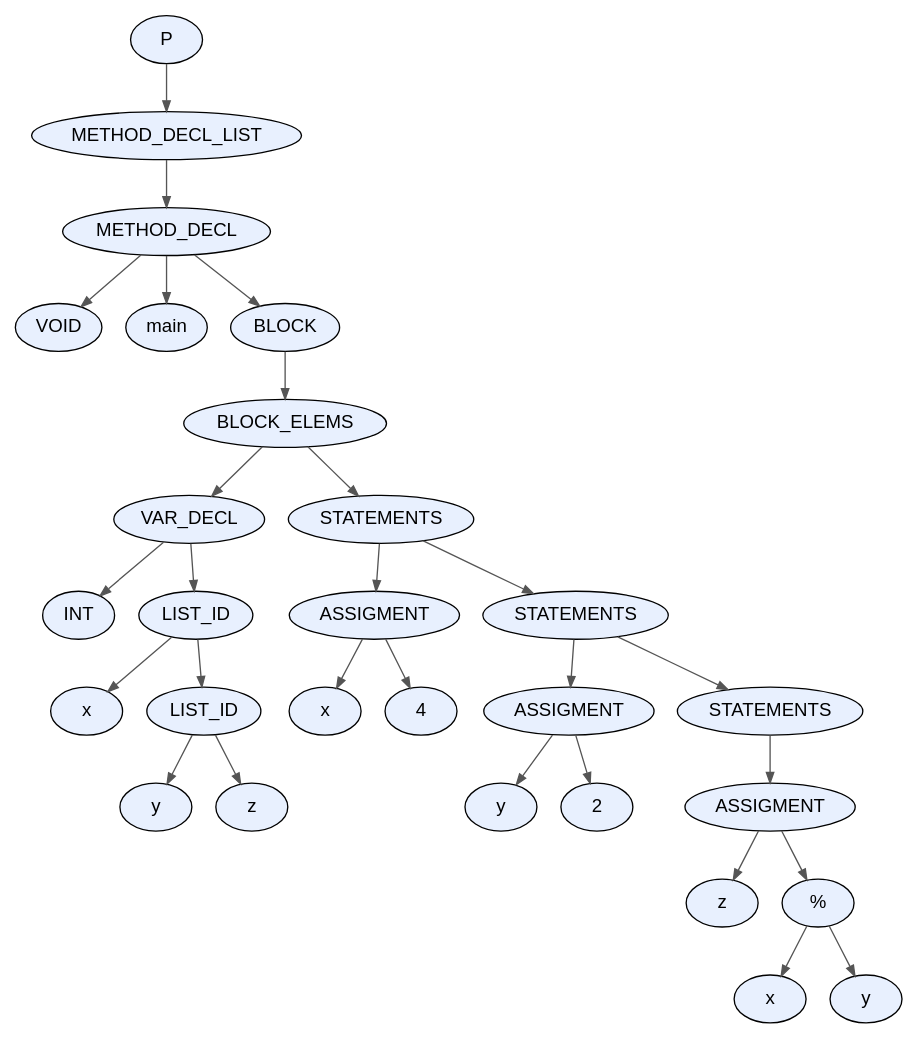
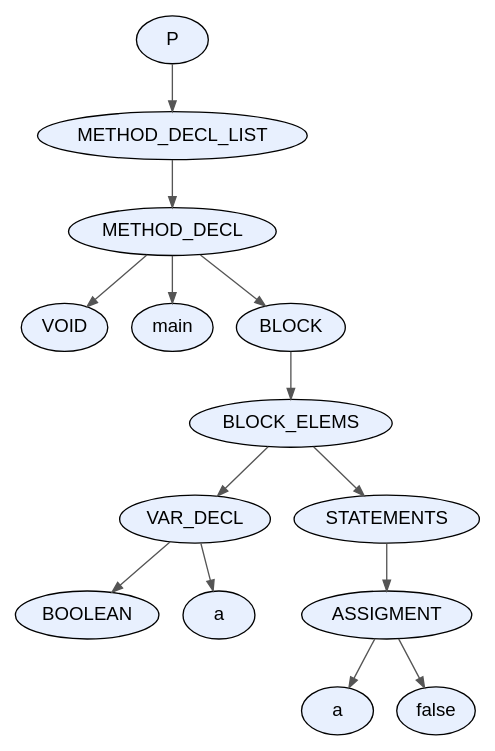
Before and after one commit to facundo-dario-loser/TDS2026: the diagram in proyecto/dot_files/test14.dot, drawn with Graphviz. The commit also changed 13 other files, not shown here.

```diff
--- a/proyecto/dot_files/test14.dot
+++ b/proyecto/dot_files/test14.dot
@@ -1,59 +1,31 @@
 digraph AST {
   node [fontname="Arial"];
   edge [arrowsize=0.8, color="#555555"];
-  "node_0x5cb5093103d0" [label="P", style=filled, fillcolor="#E8F0FE", shape=ellipse, style="rounded,filled"];
-  "node_0x5cb5093103d0" -> "node_0x5cb509310380";
-  "node_0x5cb509310380" [label="METHOD_DECL_LIST", style=filled, fillcolor="#E8F0FE", shape=ellipse, style="rounded,filled"];
-  "node_0x5cb509310380" -> "node_0x5cb509310330";
-  "node_0x5cb509310330" [label="METHOD_DECL", style=filled, fillcolor="#E8F0FE", shape=ellipse, style="rounded,filled"];
-  "node_0x5cb509310330" -> "node_0x5cb509310270";
-  "node_0x5cb509310270" [label="VOID", style=filled, fillcolor="#E8F0FE", shape=ellipse, style="rounded,filled"];
-  "node_0x5cb509310330" -> "node_0x5cb5093102c0";
-  "node_0x5cb5093102c0" [label="main", style=filled, fillcolor="#E8F0FE", shape=ellipse, style="rounded,filled"];
-  "node_0x5cb509310330" -> "node_0x5cb509310220";
-  "node_0x5cb509310220" [label="BLOCK", style=filled, fillcolor="#E8F0FE", shape=ellipse, style="rounded,filled"];
-  "node_0x5cb509310220" -> "node_0x5cb5093101d0";
-  "node_0x5cb5093101d0" [label="BLOCK_ELEMS", style=filled, fillcolor="#E8F0FE", shape=ellipse, style="rounded,filled"];
-  "node_0x5cb5093101d0" -> "node_0x5cb50930fbe0";
-  "node_0x5cb50930fbe0" [label="VAR_DECL", style=filled, fillcolor="#E8F0FE", shape=ellipse, style="rounded,filled"];
-  "node_0x5cb50930fbe0" -> "node_0x5cb50930f940";
-  "node_0x5cb50930f940" [label="INT", style=filled, fillcolor="#E8F0FE", shape=ellipse, style="rounded,filled"];
-  "node_0x5cb50930fbe0" -> "node_0x5cb50930fb90";
-  "node_0x5cb50930fb90" [label="LIST_ID", style=filled, fillcolor="#E8F0FE", shape=ellipse, style="rounded,filled"];
-  "node_0x5cb50930fb90" -> "node_0x5cb50930fb20";
-  "node_0x5cb50930fb20" [label="x", style=filled, fillcolor="#E8F0FE", shape=ellipse, style="rounded,filled"];
-  "node_0x5cb50930fb90" -> "node_0x5cb50930fad0";
-  "node_0x5cb50930fad0" [label="LIST_ID", style=filled, fillcolor="#E8F0FE", shape=ellipse, style="rounded,filled"];
-  "node_0x5cb50930fad0" -> "node_0x5cb50930fa60";
-  "node_0x5cb50930fa60" [label="y", style=filled, fillcolor="#E8F0FE", shape=ellipse, style="rounded,filled"];
-  "node_0x5cb50930fad0" -> "node_0x5cb50930f9f0";
-  "node_0x5cb50930f9f0" [label="z", style=filled, fillcolor="#E8F0FE", shape=ellipse, style="rounded,filled"];
-  "node_0x5cb5093101d0" -> "node_0x5cb509310180";
-  "node_0x5cb509310180" [label="STATEMENTS", style=filled, fillcolor="#E8F0FE", shape=ellipse, style="rounded,filled"];
-  "node_0x5cb509310180" -> "node_0x5cb50930fd10";
-  "node_0x5cb50930fd10" [label="ASSIGMENT", style=filled, fillcolor="#E8F0FE", shape=ellipse, style="rounded,filled"];
-  "node_0x5cb50930fd10" -> "node_0x5cb50930fca0";
-  "node_0x5cb50930fca0" [label="x", style=filled, fillcolor="#E8F0FE", shape=ellipse, style="rounded,filled"];
-  "node_0x5cb50930fd10" -> "node_0x5cb50930fc50";
-  "node_0x5cb50930fc50" [label="4", style=filled, fillcolor="#E8F0FE", shape=ellipse, style="rounded,filled"];
-  "node_0x5cb509310180" -> "node_0x5cb509310130";
-  "node_0x5cb509310130" [label="STATEMENTS", style=filled, fillcolor="#E8F0FE", shape=ellipse, style="rounded,filled"];
-  "node_0x5cb509310130" -> "node_0x5cb50930fe40";
-  "node_0x5cb50930fe40" [label="ASSIGMENT", style=filled, fillcolor="#E8F0FE", shape=ellipse, style="rounded,filled"];
-  "node_0x5cb50930fe40" -> "node_0x5cb50930fdd0";
-  "node_0x5cb50930fdd0" [label="y", style=filled, fillcolor="#E8F0FE", shape=ellipse, style="rounded,filled"];
-  "node_0x5cb50930fe40" -> "node_0x5cb50930fd80";
-  "node_0x5cb50930fd80" [label="2", style=filled, fillcolor="#E8F0FE", shape=ellipse, style="rounded,filled"];
-  "node_0x5cb509310130" -> "node_0x5cb5093100e0";
-  "node_0x5cb5093100e0" [label="STATEMENTS", style=filled, fillcolor="#E8F0FE", shape=ellipse, style="rounded,filled"];
-  "node_0x5cb5093100e0" -> "node_0x5cb509310090";
-  "node_0x5cb509310090" [label="ASSIGMENT", style=filled, fillcolor="#E8F0FE", shape=ellipse, style="rounded,filled"];
-  "node_0x5cb509310090" -> "node_0x5cb509310020";
-  "node_0x5cb509310020" [label="z", style=filled, fillcolor="#E8F0FE", shape=ellipse, style="rounded,filled"];
-  "node_0x5cb509310090" -> "node_0x5cb50930ffd0";
-  "node_0x5cb50930ffd0" [label="%", style=filled, fillcolor="#E8F0FE", shape=ellipse, style="rounded,filled"];
-  "node_0x5cb50930ffd0" -> "node_0x5cb50930fed0";
-  "node_0x5cb50930fed0" [label="x", style=filled, fillcolor="#E8F0FE", shape=ellipse, style="rounded,filled"];
-  "node_0x5cb50930ffd0" -> "node_0x5cb50930ff60";
-  "node_0x5cb50930ff60" [label="y", style=filled, fillcolor="#E8F0FE", shape=ellipse, style="rounded,filled"];
+  "node_0x6076291d1a50" [label="P", style=filled, fillcolor="#E8F0FE", shape=ellipse, style="rounded,filled"];
+  "node_0x6076291d1a50" -> "node_0x6076291d1a00";
+  "node_0x6076291d1a00" [label="METHOD_DECL_LIST", style=filled, fillcolor="#E8F0FE", shape=ellipse, style="rounded,filled"];
+  "node_0x6076291d1a00" -> "node_0x6076291d19b0";
+  "node_0x6076291d19b0" [label="METHOD_DECL", style=filled, fillcolor="#E8F0FE", shape=ellipse, style="rounded,filled"];
+  "node_0x6076291d19b0" -> "node_0x6076291d18f0";
+  "node_0x6076291d18f0" [label="VOID", style=filled, fillcolor="#E8F0FE", shape=ellipse, style="rounded,filled"];
+  "node_0x6076291d19b0" -> "node_0x6076291d1940";
+  "node_0x6076291d1940" [label="main", style=filled, fillcolor="#E8F0FE", shape=ellipse, style="rounded,filled"];
+  "node_0x6076291d19b0" -> "node_0x6076291d18a0";
+  "node_0x6076291d18a0" [label="BLOCK", style=filled, fillcolor="#E8F0FE", shape=ellipse, style="rounded,filled"];
+  "node_0x6076291d18a0" -> "node_0x6076291d1850";
+  "node_0x6076291d1850" [label="BLOCK_ELEMS", style=filled, fillcolor="#E8F0FE", shape=ellipse, style="rounded,filled"];
+  "node_0x6076291d1850" -> "node_0x6076291d1630";
+  "node_0x6076291d1630" [label="VAR_DECL", style=filled, fillcolor="#E8F0FE", shape=ellipse, style="rounded,filled"];
+  "node_0x6076291d1630" -> "node_0x6076291d1550";
+  "node_0x6076291d1550" [label="BOOLEAN", style=filled, fillcolor="#E8F0FE", shape=ellipse, style="rounded,filled"];
+  "node_0x6076291d1630" -> "node_0x6076291d15c0";
+  "node_0x6076291d15c0" [label="a", style=filled, fillcolor="#E8F0FE", shape=ellipse, style="rounded,filled"];
+  "node_0x6076291d1850" -> "node_0x6076291d1800";
+  "node_0x6076291d1800" [label="STATEMENTS", style=filled, fillcolor="#E8F0FE", shape=ellipse, style="rounded,filled"];
+  "node_0x6076291d1800" -> "node_0x6076291d17b0";
+  "node_0x6076291d17b0" [label="ASSIGMENT", style=filled, fillcolor="#E8F0FE", shape=ellipse, style="rounded,filled"];
+  "node_0x6076291d17b0" -> "node_0x6076291d1740";
+  "node_0x6076291d1740" [label="a", style=filled, fillcolor="#E8F0FE", shape=ellipse, style="rounded,filled"];
+  "node_0x6076291d17b0" -> "node_0x6076291d1c50";
+  "node_0x6076291d1c50" [label="false", style=filled, fillcolor="#E8F0FE", shape=ellipse, style="rounded,filled"];
 }
```
